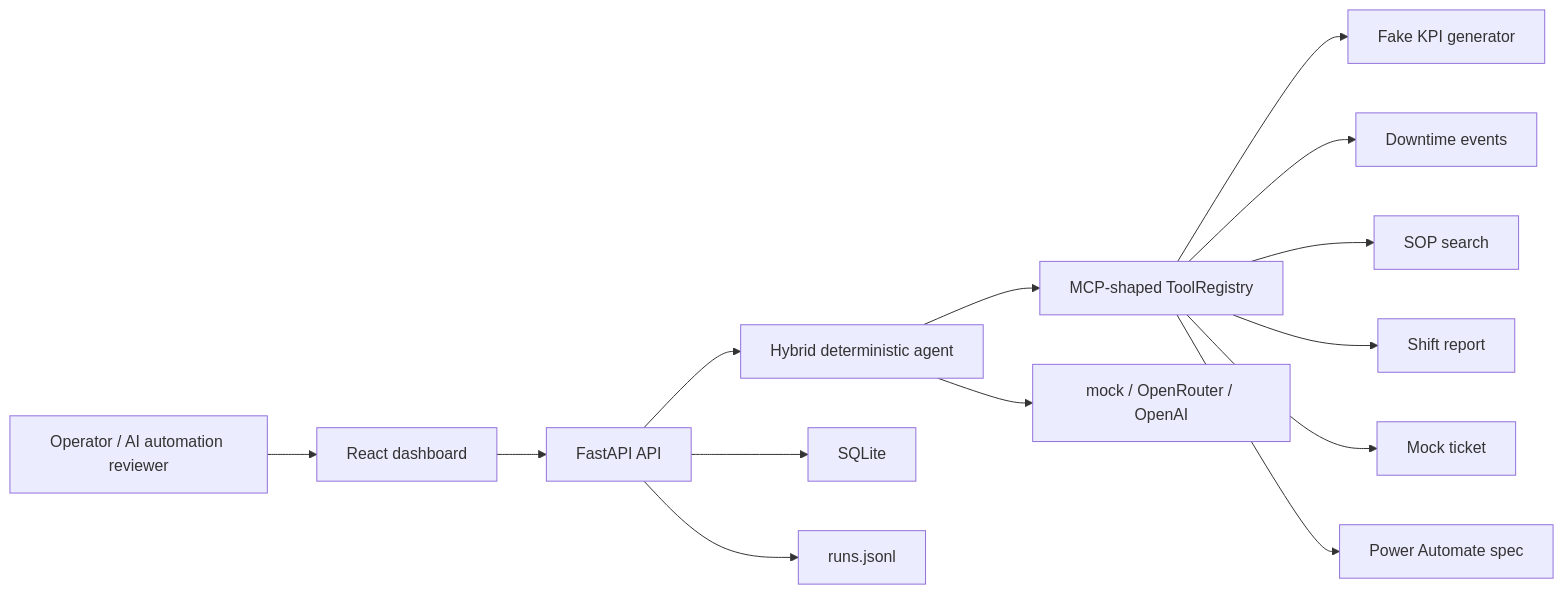
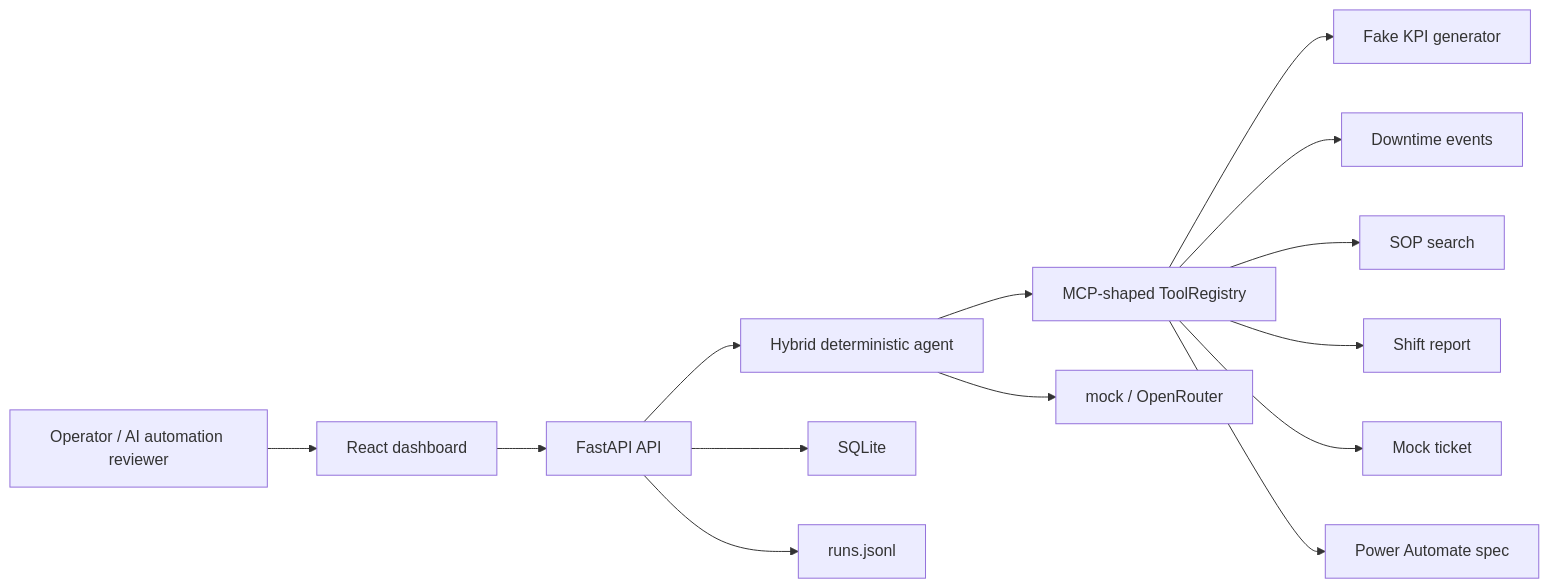
The diagram in README.md (Laskowski-Patryk/factoryops-ai-copilot), drawn with Mermaid before and after one commit. The commit also changed other lines of this file and 18 other files, not shown here.

````diff
--- a/README.md
+++ b/README.md
@@ -29,16 +31,16 @@
 ```mermaid
 flowchart LR
   User["Operator / AI automation reviewer"] --> UI["React dashboard"]
   UI --> API["FastAPI API"]
   API --> Agent["Hybrid deterministic agent"]
   Agent --> Registry["MCP-shaped ToolRegistry"]
   Registry --> KPI["Fake KPI generator"]
   Registry --> Downtime["Downtime events"]
   Registry --> SOP["SOP search"]
   Registry --> Report["Shift report"]
   Registry --> Ticket["Mock ticket"]
   Registry --> Flow["Power Automate spec"]
-  Agent --> LLM["mock / OpenRouter / OpenAI"]
+  Agent --> LLM["mock / OpenRouter"]
   API --> SQLite["SQLite"]
   API --> JSONL["runs.jsonl"]
 ```
````
